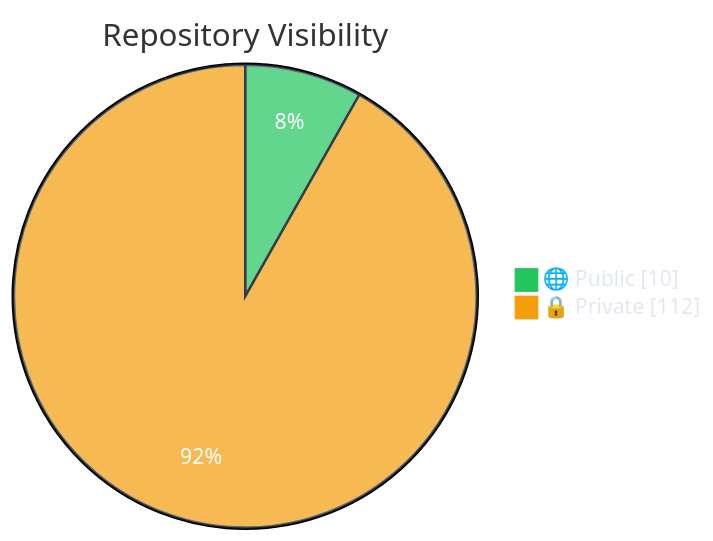
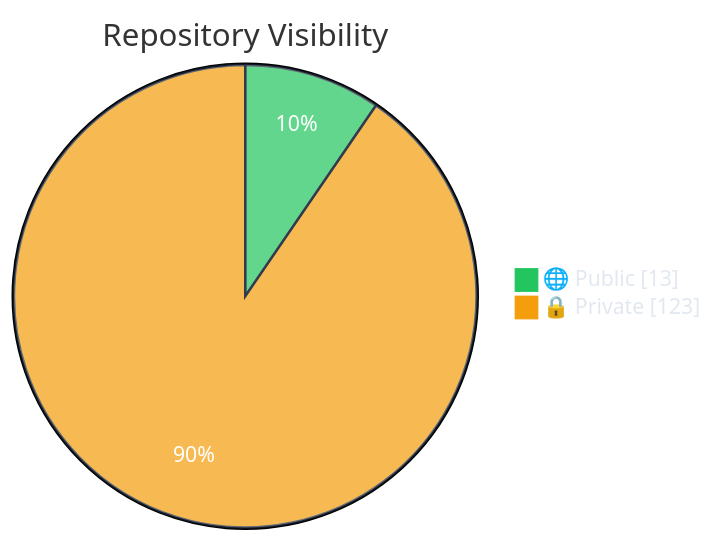
One commit to polo-nyan/polo-nyan changed the first of 7 diagrams in README.md. Above: the diagram before and after it, drawn with Mermaid. The commit also changed other lines of this file and 1 other file, not shown here.

````diff
--- a/README.md
+++ b/README.md
@@ -83,7 +83,7 @@
 ```mermaid
 %%{init: {"theme": "base", "themeVariables": { "pie1": "#22c55e", "pie2": "#f59e0b", "pie3": "#3b82f6", "pie4": "#ec4899", "pieTextColor": "#ffffff", "pieLegendTextColor": "#e2e8f0", "pieSectionTextColor": "#ffffff", "pieStrokeColor": "#1e293b" }}}%%
 pie showData
     title Repository Visibility
-    "🌐 Public" : 10
-    "🔒 Private" : 112
+    "🌐 Public" : 13
+    "🔒 Private" : 123
 ```
````
